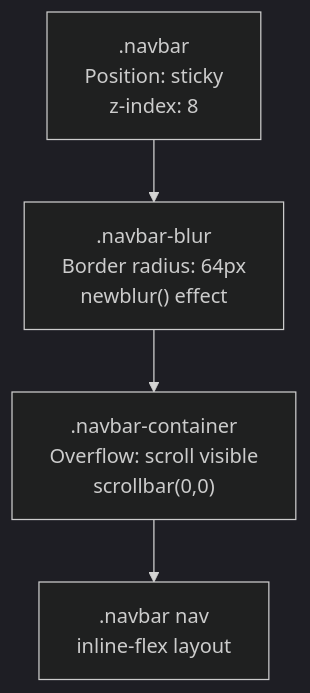
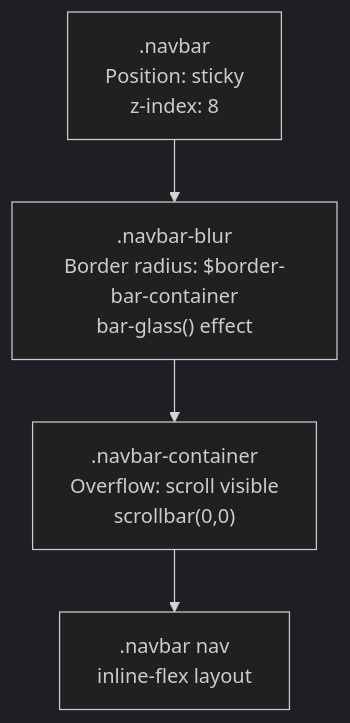
One commit to penndu/hexo changed the ninth of 10 diagrams in themes/stellar/docs/knowledge/01-样式系统/styling-overview.md. Above: the diagram before and after it, drawn with Mermaid (dark theme). The commit also changed other lines of this file and 61 other files, not shown here.

````diff
--- a/themes/stellar/docs/knowledge/01-样式系统/styling-overview.md
+++ b/themes/stellar/docs/knowledge/01-样式系统/styling-overview.md
@@ -613,11 +613,11 @@
 ```mermaid
 graph TB
     NAV[".navbar<br/>Position: sticky<br/>z-index: 8"]
-    BLUR[".navbar-blur<br/>Border radius: 64px<br/>newblur() effect"]
+    BLUR[".navbar-blur<br/>Border radius: $border-bar-container<br/>bar-glass() effect"]
     CONTAINER[".navbar-container<br/>Overflow: scroll visible<br/>scrollbar(0,0)"]
     CONTENT[".navbar nav<br/>inline-flex layout"]
     
     NAV --> BLUR
     BLUR --> CONTAINER
     CONTAINER --> CONTENT
 ```
````
